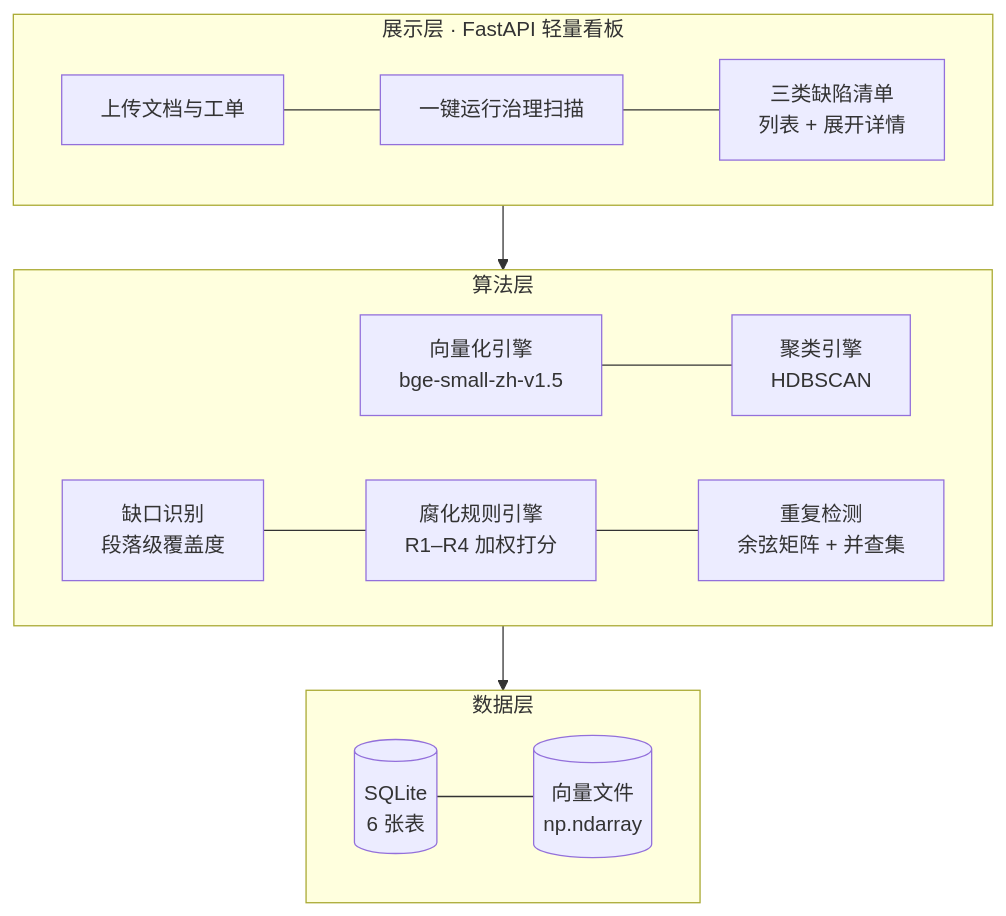
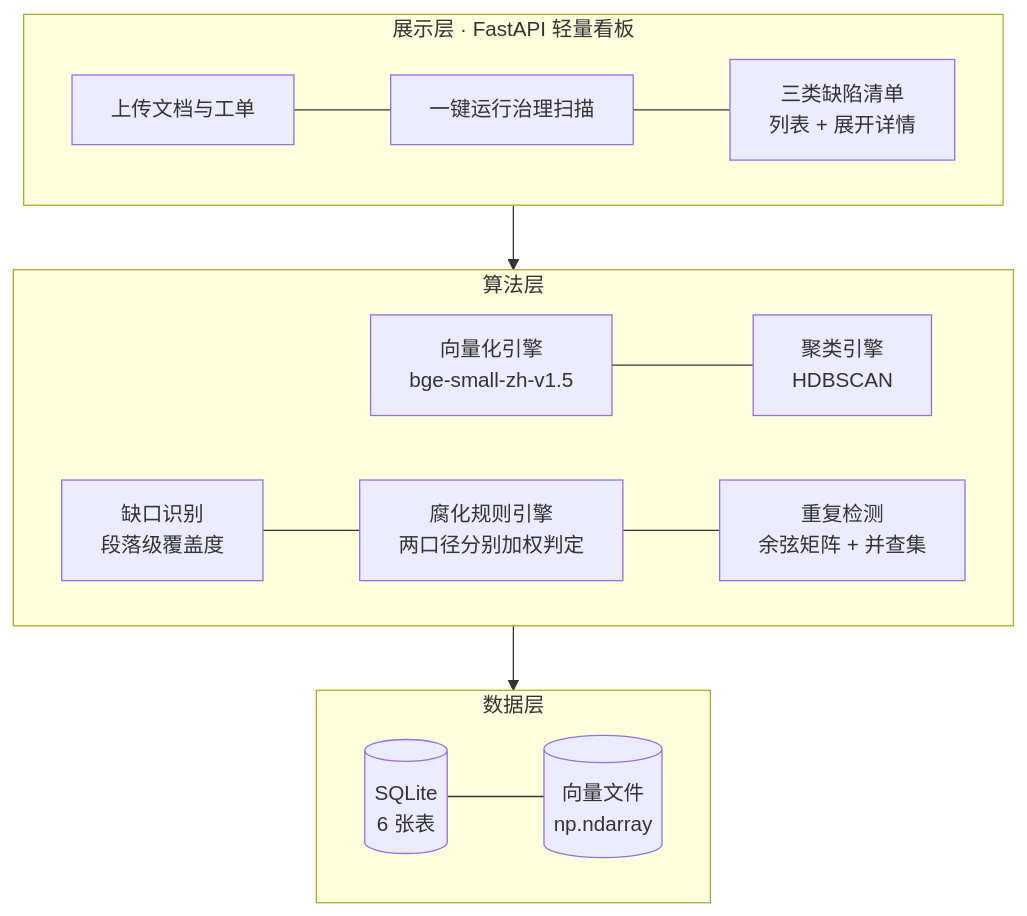
The second of 3 diagrams in docs/技术方案/企业知识库质量治理系统技术方案.md (meisijiya/kb-quality-governance), drawn with Mermaid before and after one commit. The commit also changed other lines of this file and 21 other files, not shown here.

First line of the commit message:
docs(plan): 方案、审计、图稿与术语同步到两口径与意图级判定

````diff
--- a/docs/技术方案/企业知识库质量治理系统技术方案.md
+++ b/docs/技术方案/企业知识库质量治理系统技术方案.md
@@ -187,17 +187,17 @@
 ```mermaid
 graph TB
     subgraph FE["展示层 · FastAPI 轻量看板"]
         direction LR
         W1["上传文档与工单"] --- W2["一键运行治理扫描"] --- W3["三类缺陷清单<br/>列表 + 展开详情"]
     end
     subgraph ALG["算法层"]
         direction LR
         A1["向量化引擎<br/>bge-small-zh-v1.5"] --- A2["聚类引擎<br/>HDBSCAN"]
-        A3["缺口识别<br/>段落级覆盖度"] --- A4["腐化规则引擎<br/>R1–R4 加权打分"] --- A5["重复检测<br/>余弦矩阵 + 并查集"]
+        A3["缺口识别<br/>段落级覆盖度"] --- A4["腐化规则引擎<br/>两口径分别加权判定"] --- A5["重复检测<br/>余弦矩阵 + 并查集"]
     end
     subgraph DATA["数据层"]
         direction LR
         D1[("SQLite<br/>6 张表")] --- D2[("向量文件<br/>np.ndarray")]
     end
     FE --> ALG --> DATA
 ```
````
